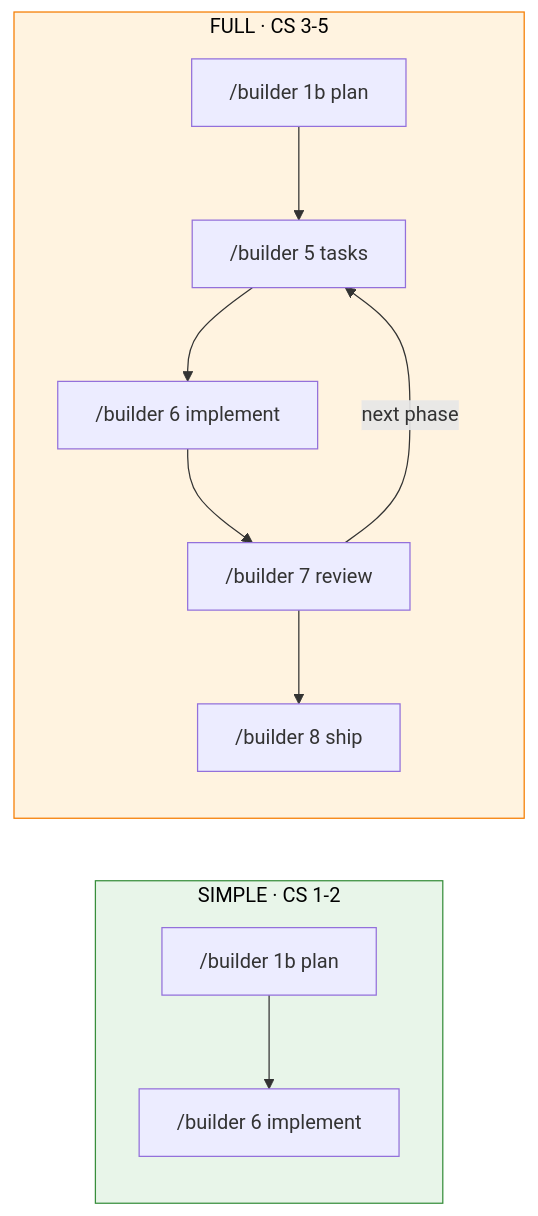
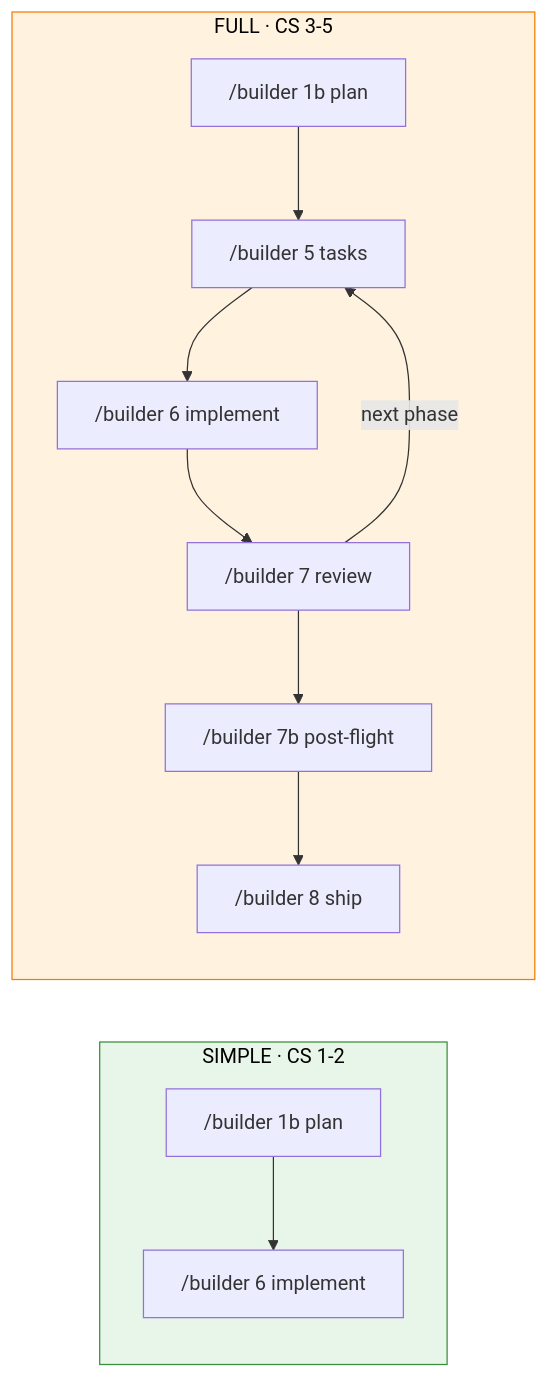
One commit to AI-Substrate/harness-engineering changed the second of 2 diagrams in skills/builder/references/getting-started.md. Above: the diagram before and after it, drawn with Mermaid. The commit also changed other lines of this file and 24 other files, not shown here.

First line of the commit message:
feat(skills): post-flight close-out stage, plan archiving, assets/ layout, opt-in domains

````diff
--- a/skills/builder/references/getting-started.md
+++ b/skills/builder/references/getting-started.md
@@ -124,20 +127,20 @@
 ```mermaid
 flowchart LR
     classDef s fill:#e8f5e9,stroke:#388e3c,color:#000
     classDef f fill:#fff3e0,stroke:#f57c00,color:#000
 
     subgraph simple["SIMPLE · CS 1-2"]
         direction TB
         S1["/builder 1b plan"] --> S3["/builder 6 implement"]
     end
 
     subgraph full["FULL · CS 3-5"]
         direction TB
         F1["/builder 1b plan"] --> F3["/builder 5 tasks"] --> F4["/builder 6 implement"] --> F5["/builder 7 review"]
         F5 -->|next phase| F3
-        F5 --> F6["/builder 8 ship"]
+        F5 --> F5B["/builder 7b post-flight"] --> F6["/builder 8 ship"]
     end
 
     class simple s
     class full f
 ```
````
